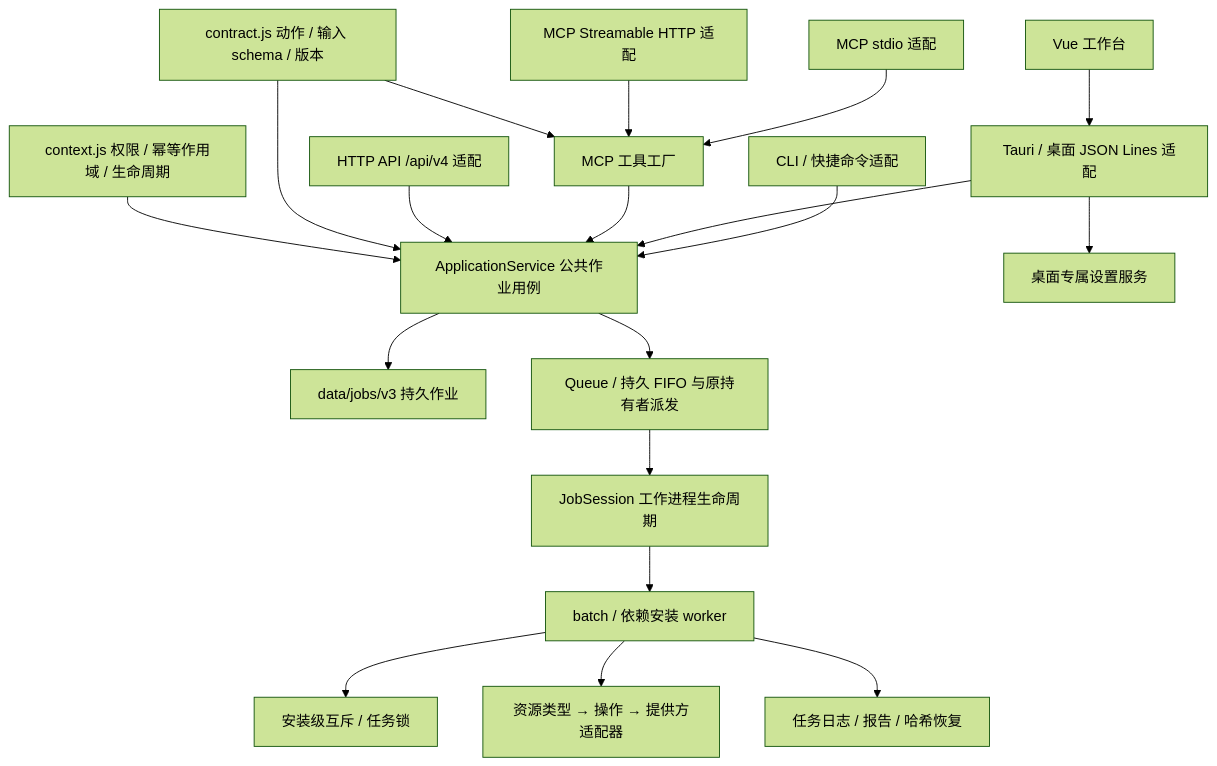
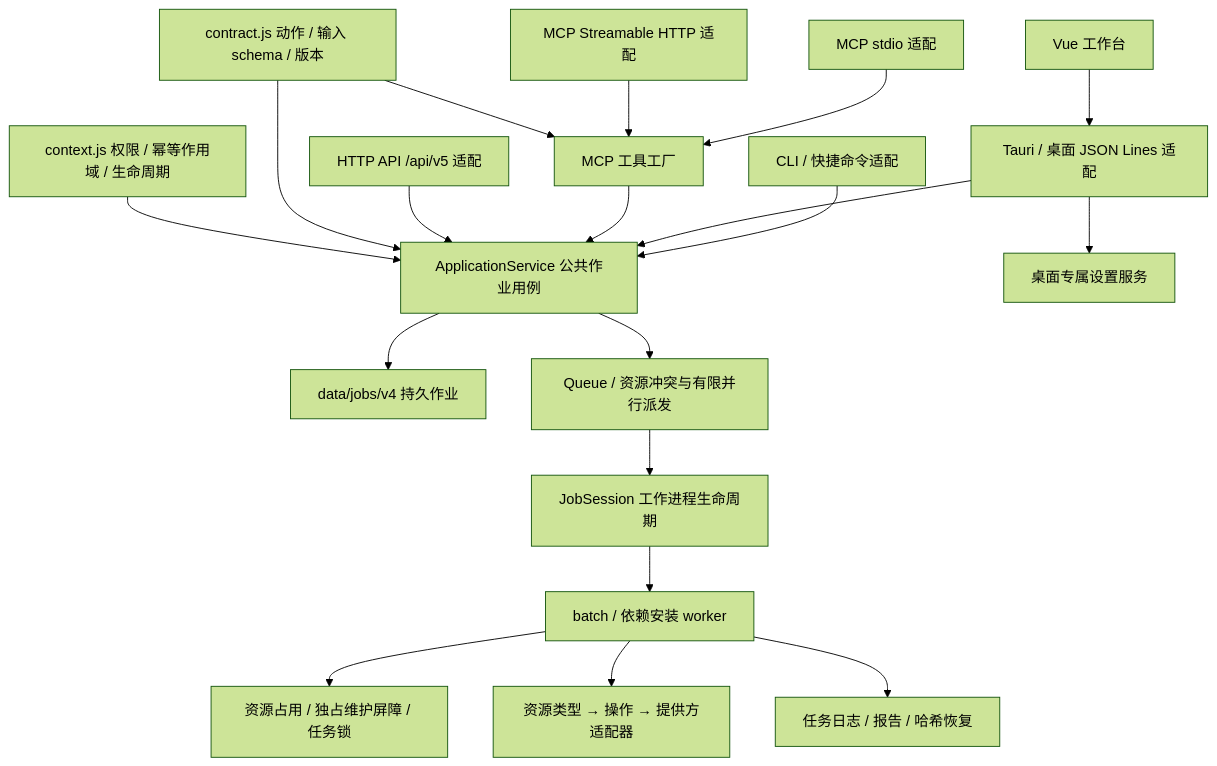
Before and after one commit to ISQIShI/AssetToolbox: the diagram in docs/architecture/application.md, drawn with Mermaid (forest theme). The commit also changed other lines of this file and 47 other files, not shown here.

````diff
--- a/docs/architecture/application.md
+++ b/docs/architecture/application.md
@@ -7,21 +7,21 @@
 ```mermaid
 flowchart TD
     UI[Vue 工作台] --> Native[Tauri / 桌面 JSON Lines 适配]
     CLI[CLI / 快捷命令适配] --> App[ApplicationService 公共作业用例]
     Native --> App
     Stdio[MCP stdio 适配] --> Tools[MCP 工具工厂]
     Stream[MCP Streamable HTTP 适配] --> Tools
     Tools --> App
-    HTTP[HTTP API /api/v4 适配] --> App
+    HTTP[HTTP API /api/v5 适配] --> App
     Contract[contract.js 动作 / 输入 schema / 版本] --> App
     Contract --> Tools
     Context[context.js 权限 / 幂等作用域 / 生命周期] --> App
-    App --> Store[data/jobs/v3 持久作业]
-    App --> Queue[Queue / 持久 FIFO 与原持有者派发]
+    App --> Store[data/jobs/v4 持久作业]
+    App --> Queue[Queue / 资源冲突与有限并行派发]
     Queue --> Session[JobSession 工作进程生命周期]
     Session --> Worker[batch / 依赖安装 worker]
-    Worker --> Lock[安装级互斥 / 任务锁]
+    Worker --> Lock[资源占用 / 独占维护屏障 / 任务锁]
     Worker --> Engine[资源类型 → 操作 → 提供方适配器]
     Worker --> Recovery[任务日志 / 报告 / 哈希恢复]
     Native --> Settings[桌面专属设置服务]
 ```
````
